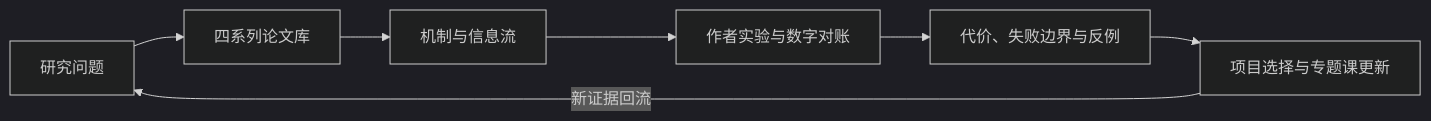
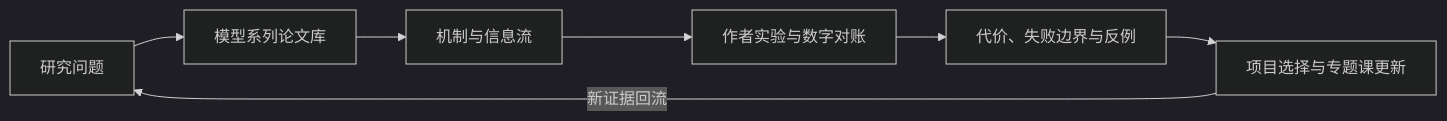
The fourth of 4 diagrams in course/00-从这里开始/全局知识图谱.md (chengzhang0528/LLMTrain), drawn with Mermaid (dark theme) before and after one commit. The commit also changed 39 other files, not shown here.

````diff
--- a/course/00-从这里开始/全局知识图谱.md
+++ b/course/00-从这里开始/全局知识图谱.md
@@ -191,9 +191,9 @@
 ```mermaid
 flowchart LR
-    A[研究问题] --> B[四系列论文库]
+    A[研究问题] --> B[模型系列论文库]
     B --> C[机制与信息流]
     C --> D[作者实验与数字对账]
     D --> E[代价、失败边界与反例]
     E --> F[项目选择与专题课更新]
     F -->|新证据回流| A
 ```
````
